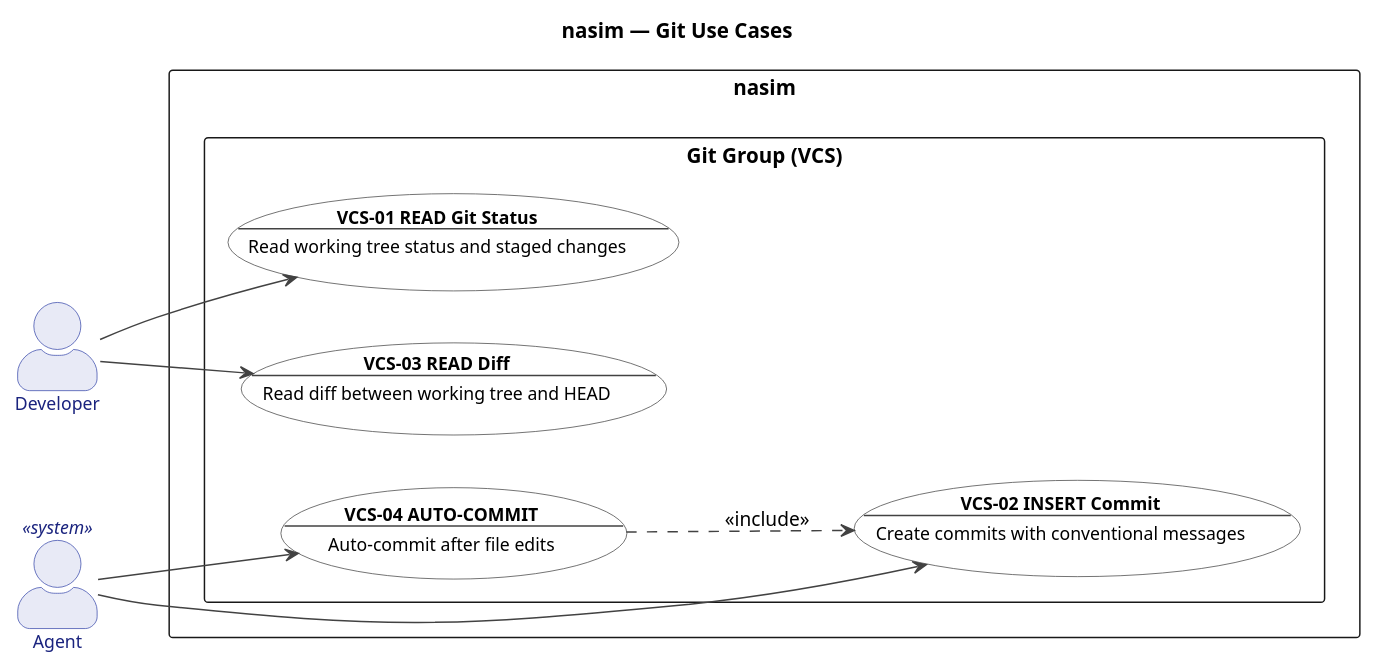
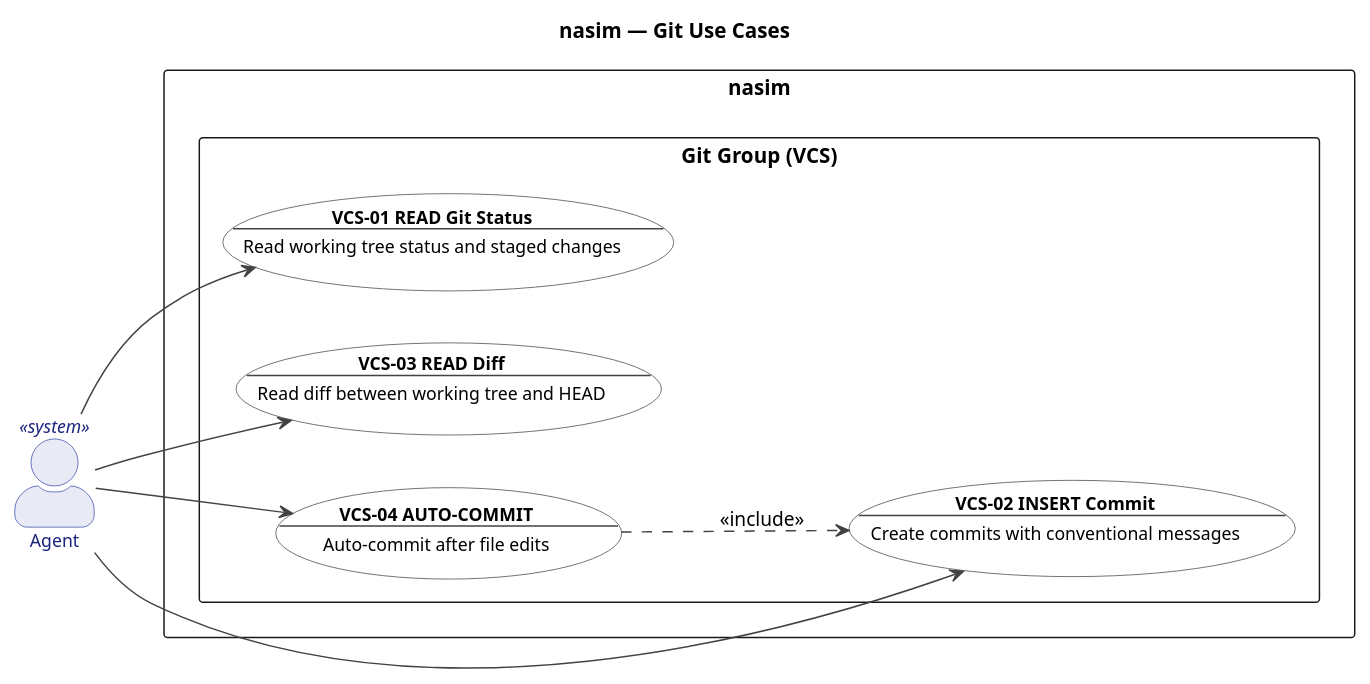
Diagram 14 of 22 in UC.md (salimnamvar/nasim), drawn with PlantUML before and after one commit. The commit also changed other lines of this file and 9 other files, not shown here.

```diff
--- a/UC.md
+++ b/UC.md
@@ -1304,71 +1335,70 @@
 @startuml uc_git
 
 ' ============================================================
 ' Title:     nasim — UC: Git Group
 ' Group:     VCS (Git Integration)
 ' Boundary:  nasim code agent
 ' Purpose:   Version control awareness: status, diff, commit
 ' Milestone: v1.0
 ' Version:   6.0.0
 ' Source:    docs/ENTITIES.md
 ' Review:    docs/audit/audit.2026.06.20.uc-layer.car.md
 ' ============================================================
 
 left to right direction
 
 title nasim — Git Use Cases
 
 skinparam actorStyle awesome
 skinparam packageStyle rectangle
 
 skinparam usecase {
   BackgroundColor #FFFFFF
   BorderColor #424242
   FontColor #000000
   ArrowColor #424242
   FontSize 12
 }
 
 skinparam actor {
   BackgroundColor #E8EAF6
   BorderColor #3949AB
   FontColor #1A237E
   FontSize 12
 }
 
 ' ============================================================
 ' Actors
 ' ============================================================
 
-actor "Developer" as Developer
 actor "Agent" as Agent <<system>>
 
 ' ============================================================
 ' System Boundary
 ' ============================================================
 
 rectangle "nasim" {
   package "Git Group (VCS)" {
     usecase "**VCS-01 READ Git Status**\n--\nRead working tree status and staged changes" as VCS01
     usecase "**VCS-02 INSERT Commit**\n--\nCreate commits with conventional messages" as VCS02
     usecase "**VCS-03 READ Diff**\n--\nRead diff between working tree and HEAD" as VCS03
     usecase "**VCS-04 AUTO-COMMIT**\n--\nAuto-commit after file edits" as VCS04
   }
 }
 
 ' ============================================================
 ' Actor -> Use Case Associations
 ' ============================================================
 
-Developer --> VCS01
-Developer --> VCS03
+Agent --> VCS01
 Agent --> VCS02
+Agent --> VCS03
 Agent --> VCS04
 
 ' ============================================================
 ' Relationships
 ' ============================================================
 
 VCS04 ..> VCS02 : <<include>>
 
 @enduml
```
